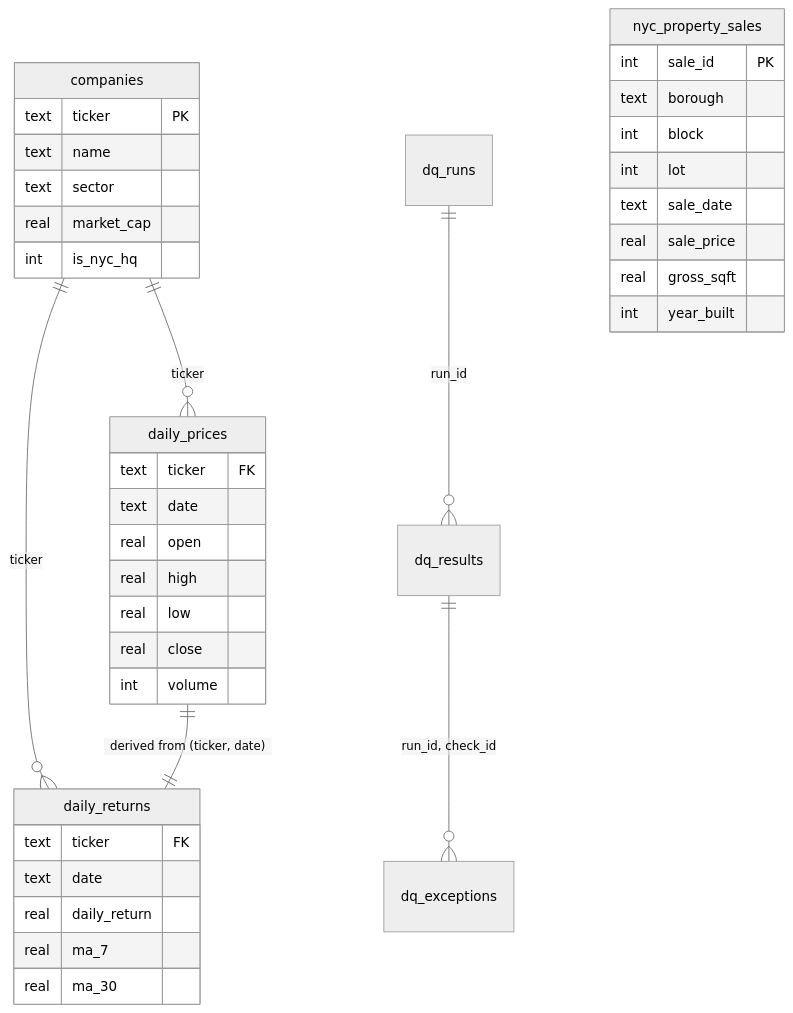
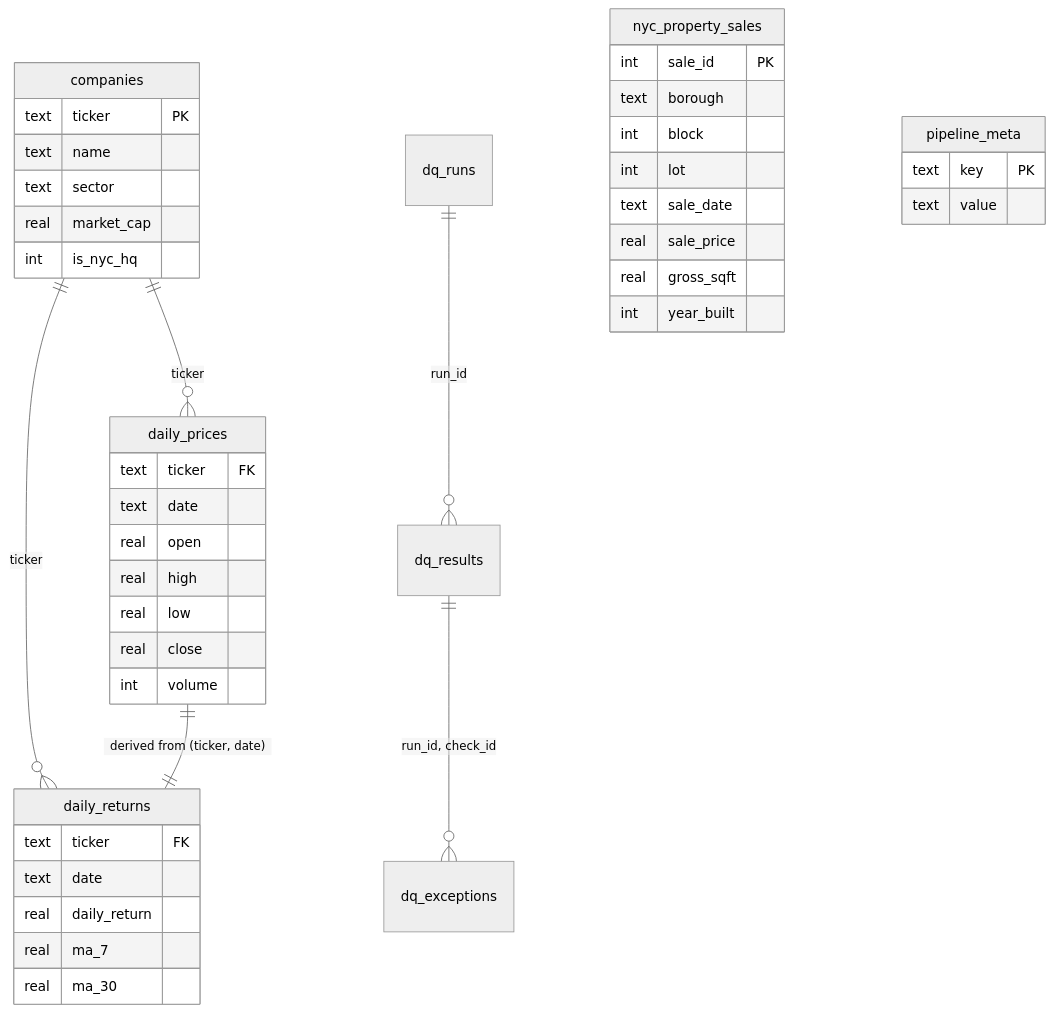
One commit to allisonramirez77/nyc-financial-real-estate-db changed the second of 2 diagrams in README.md. Above: the diagram before and after it, drawn with Mermaid (neutral theme). The commit also changed other lines of this file and 10 other files, not shown here.

````diff
--- a/README.md
+++ b/README.md
@@ -49,42 +51,46 @@
 ```mermaid
 erDiagram
     companies ||--o{ daily_prices : "ticker"
     companies ||--o{ daily_returns : "ticker"
     daily_prices ||--|| daily_returns : "derived from (ticker, date)"
     dq_runs ||--o{ dq_results : "run_id"
     dq_results ||--o{ dq_exceptions : "run_id, check_id"
 
     companies {
         text ticker PK
         text name
         text sector
         real market_cap
         int is_nyc_hq
     }
     daily_prices {
         text ticker FK
         text date
         real open
         real high
         real low
         real close
         int volume
     }
     daily_returns {
         text ticker FK
         text date
         real daily_return
         real ma_7
         real ma_30
     }
     nyc_property_sales {
         int sale_id PK
         text borough
         int block
         int lot
         text sale_date
         real sale_price
         real gross_sqft
         int year_built
     }
+    pipeline_meta {
+        text key PK
+        text value
+    }
 ```
````
